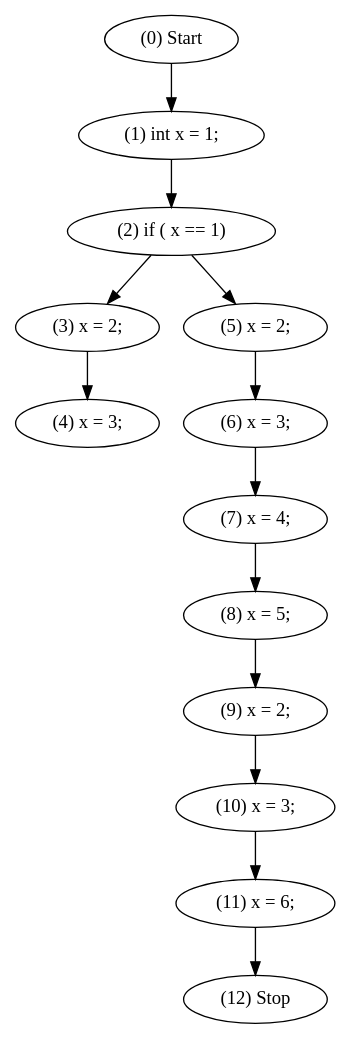
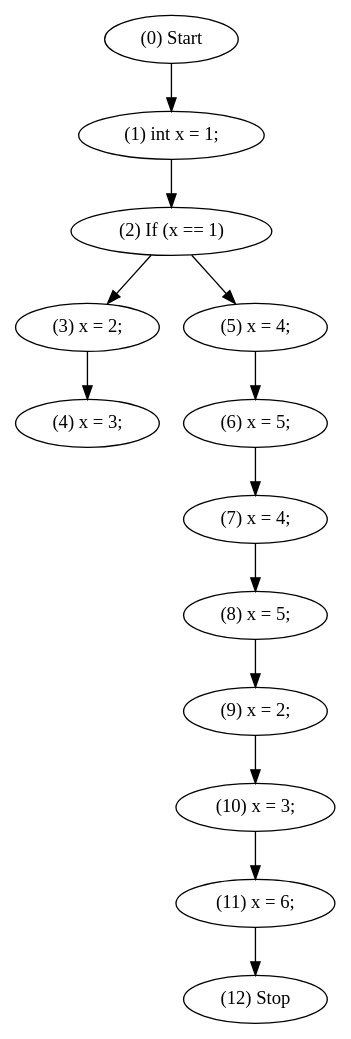
Before and after one commit to JuanColonGarcia/Metaprogram: the diagram in dotsource.dot, drawn with Graphviz. The commit also changed 4 other files, not shown here.

```diff
--- a/dotsource.dot
+++ b/dotsource.dot
@@ -1,2 +1,2 @@
 digraph G {
-"(0) Start" -> "(1) int x = 1;""(1) int x = 1;" -> "(2) if ( x == 1)""(2) if ( x == 1)" -> "(3) x = 2;""(3) x = 2;" -> "(4) x = 3;""(2) if ( x == 1)" -> "(5) x = 2;""(5) x = 2;" -> "(6) x = 3;""(6) x = 3;" -> "(7) x = 4;""(7) x = 4;" -> "(8) x = 5;""(8) x = 5;" -> "(9) x = 2;""(9) x = 2;" -> "(10) x = 3;""(10) x = 3;" -> "(11) x = 6;""(11) x = 6;" -> "(12) Stop"}
+"(0) Start" -> "(1) int x = 1;""(1) int x = 1;" -> "(2) If (x == 1)""(2) If (x == 1)" -> "(3) x = 2;""(3) x = 2;" -> "(4) x = 3;""(2) If (x == 1)" -> "(5) x = 4;""(5) x = 4;" -> "(6) x = 5;""(6) x = 5;" -> "(7) x = 4;""(7) x = 4;" -> "(8) x = 5;""(8) x = 5;" -> "(9) x = 2;""(9) x = 2;" -> "(10) x = 3;""(10) x = 3;" -> "(11) x = 6;""(11) x = 6;" -> "(12) Stop"}
```
